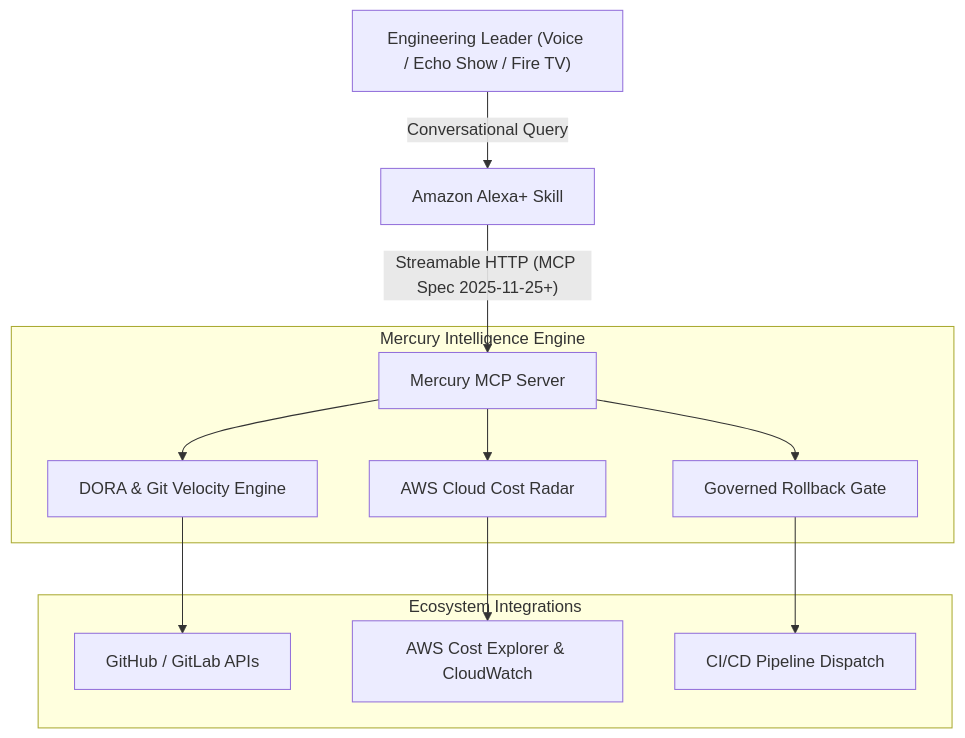
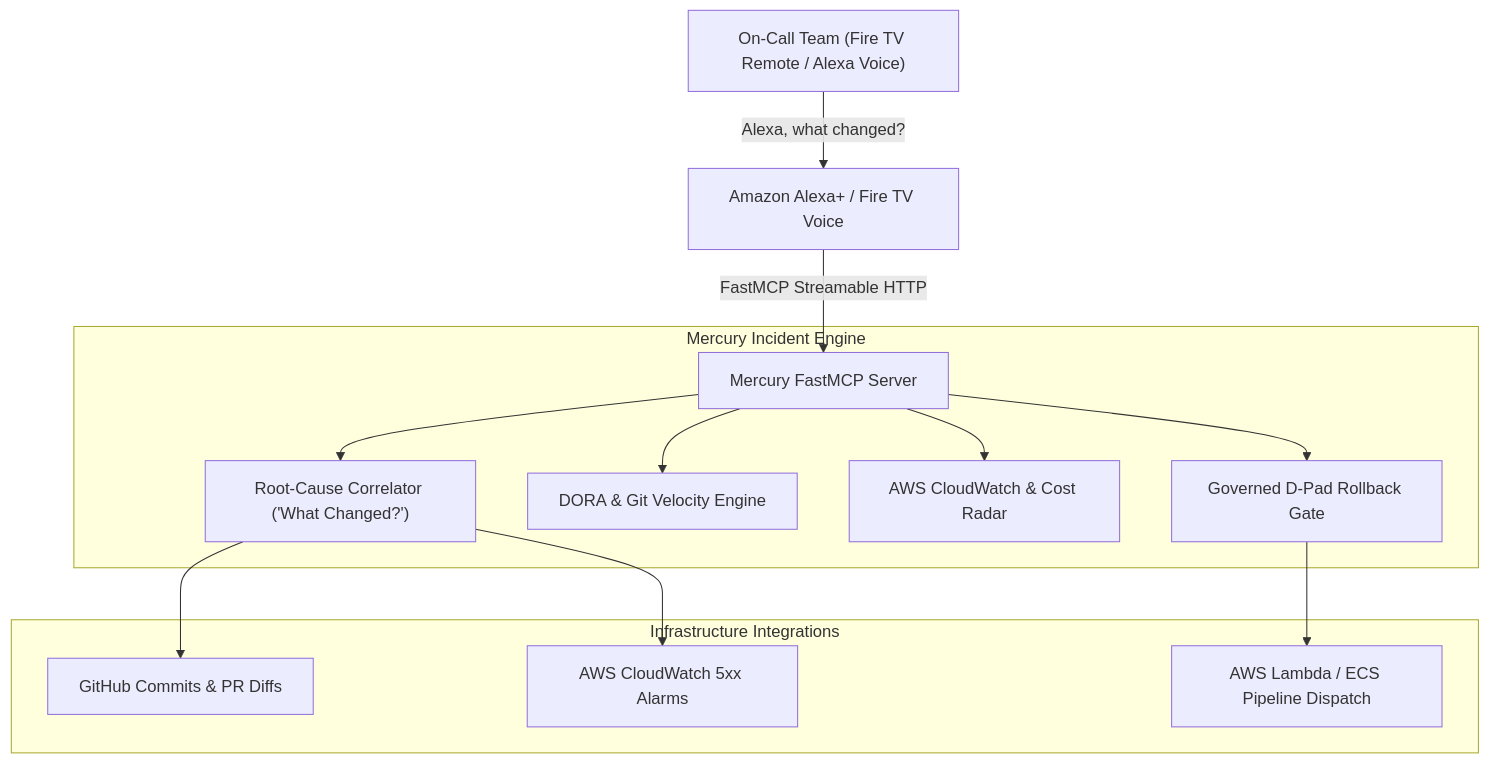
One commit to upgradedev/mercury_amazon changed the first of 2 diagrams in README.md. Above: the diagram before and after it, drawn with Mermaid. The commit also changed other lines of this file and 5 other files, not shown here.

Commit message:
feat(firetv): pivot to Fire TV Incident Commander with what-changed tool and D-pad bridge

````diff
--- a/README.md
+++ b/README.md
@@ -47,17 +49,18 @@
 ```mermaid
 graph TD
-    CTO["Engineering Leader (Voice / Echo Show / Fire TV)"] -->|"Conversational Query"| Alexa["Amazon Alexa+ Skill"]
-    Alexa -->|"Streamable HTTP (MCP Spec 2025-11-25+)"| MercuryMCP["Mercury MCP Server"]
+    WarRoom["On-Call Team (Fire TV Remote / Alexa Voice)"] -->|"Alexa, what changed?"| Alexa["Amazon Alexa+ / Fire TV Voice"]
+    Alexa -->|"FastMCP Streamable HTTP"| MercuryMCP["Mercury FastMCP Server"]
     
-    subgraph "Mercury Intelligence Engine"
+    subgraph "Mercury Incident Engine"
+        MercuryMCP --> WhatChanged["Root-Cause Correlator ('What Changed?')"]
         MercuryMCP --> DORAModule["DORA & Git Velocity Engine"]
-        MercuryMCP --> CostModule["AWS Cloud Cost Radar"]
-        MercuryMCP --> GovModule["Governed Rollback Gate"]
+        MercuryMCP --> CostModule["AWS CloudWatch & Cost Radar"]
+        MercuryMCP --> GovModule["Governed D-Pad Rollback Gate"]
     end
     
-    subgraph "Ecosystem Integrations"
-        DORAModule --> GitHub["GitHub / GitLab APIs"]
-        CostModule --> AWS["AWS Cost Explorer & CloudWatch"]
-        GovModule --> CI["CI/CD Pipeline Dispatch"]
+    subgraph "Infrastructure Integrations"
+        WhatChanged --> GitHub["GitHub Commits & PR Diffs"]
+        WhatChanged --> CloudWatch["AWS CloudWatch 5xx Alarms"]
+        GovModule --> Lambda["AWS Lambda / ECS Pipeline Dispatch"]
     end
 ```
````
